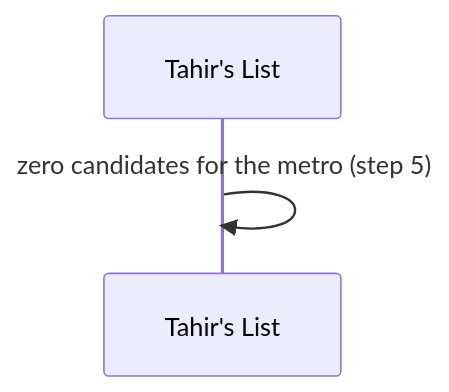
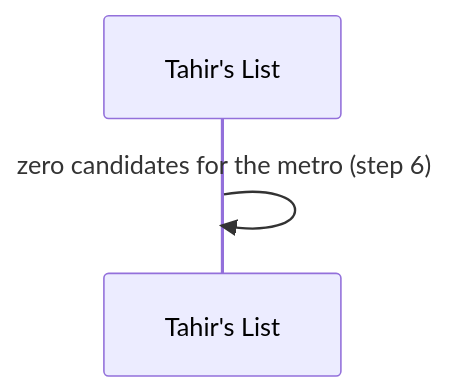
The eighth of 11 diagrams in docs/features/SC-211/04-blackbox/UC-01-run-sample-directory-ingestion.md (Losers-Lab/tahirs-list), drawn with Mermaid before and after one commit. The commit also changed other lines of this file and 16 other files, not shown here.

````diff
--- a/docs/features/SC-211/04-blackbox/UC-01-run-sample-directory-ingestion.md
+++ b/docs/features/SC-211/04-blackbox/UC-01-run-sample-directory-ingestion.md
@@ -72,5 +67,5 @@
 ```mermaid
 sequenceDiagram
   participant TL as Tahir's List
-  TL->>TL: zero candidates for the metro (step 5)
+  TL->>TL: zero candidates for the metro (step 6)
 ```
````
